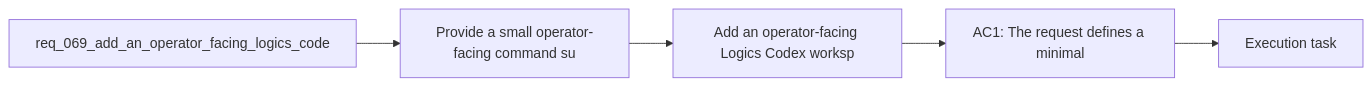
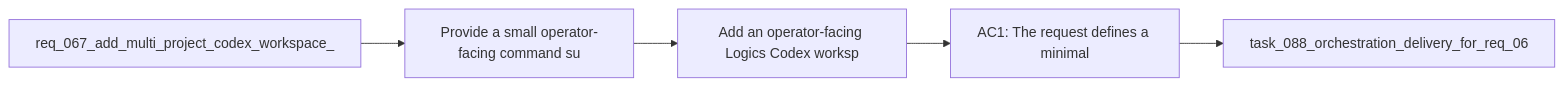
Before and after one commit to AlexAgo83/logics-manager: the diagram in logics/backlog/item_092_add_an_operator_facing_logics_codex_workspace_manager_cli.md, drawn with Mermaid. The commit also changed other lines of this file and 481 other files, not shown here.

````diff
--- a/logics/backlog/item_092_add_an_operator_facing_logics_codex_workspace_manager_cli.md
+++ b/logics/backlog/item_092_add_an_operator_facing_logics_codex_workspace_manager_cli.md
@@ -22,9 +22,9 @@
 ```mermaid
 %% logics-kind: backlog
 %% logics-signature: backlog|add-an-operator-facing-logics-codex-work|req-067-add-multi-project-codex-workspac|provide-a-small-operator-facing-command-|ac1-the-request-defines-a-minimal
 flowchart LR
-    Request[req_069_add_an_operator_facing_logics_code] --> Problem[Provide a small operator-facing command su]
+    Request[req_067_add_multi_project_codex_workspace_] --> Problem[Provide a small operator-facing command su]
     Problem --> Scope[Add an operator-facing Logics Codex worksp]
     Scope --> Acceptance[AC1: The request defines a minimal]
-    Acceptance --> Tasks[Execution task]
+    Acceptance --> Tasks[task_088_orchestration_delivery_for_req_06]
 ```
````
